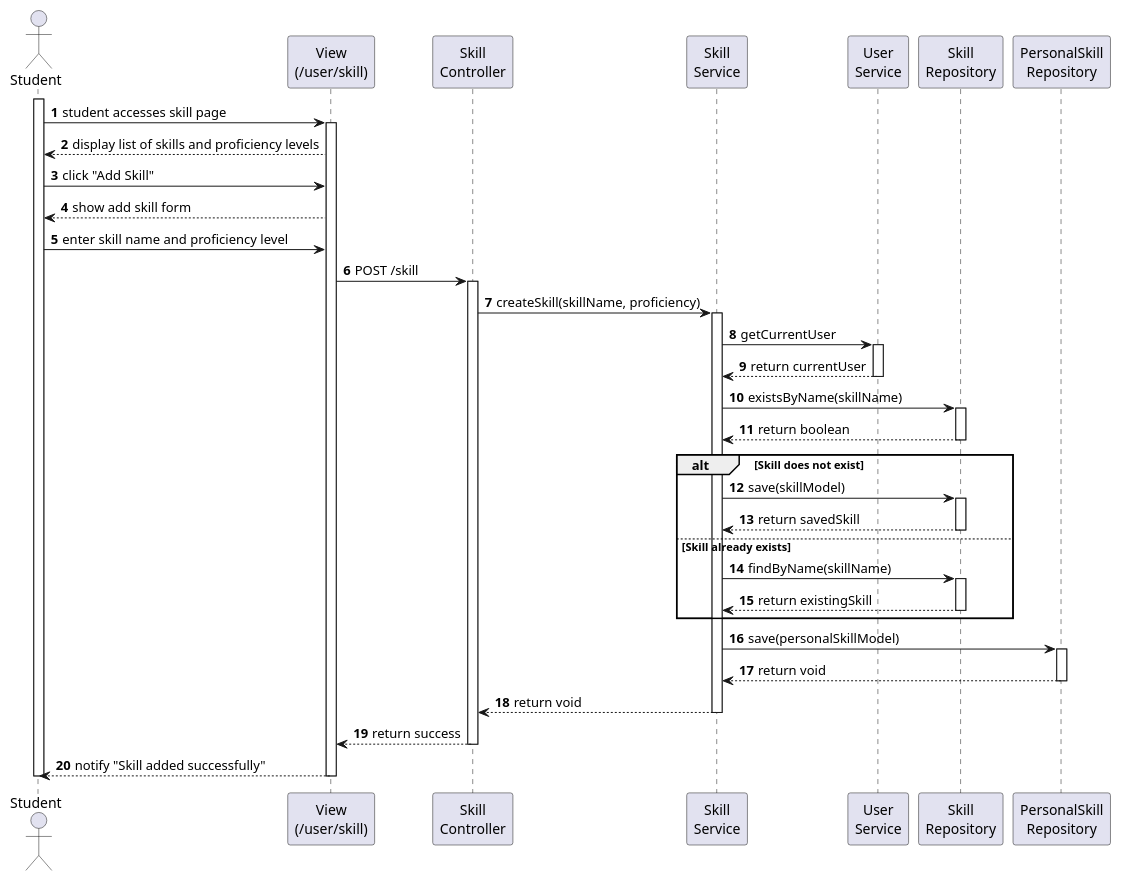
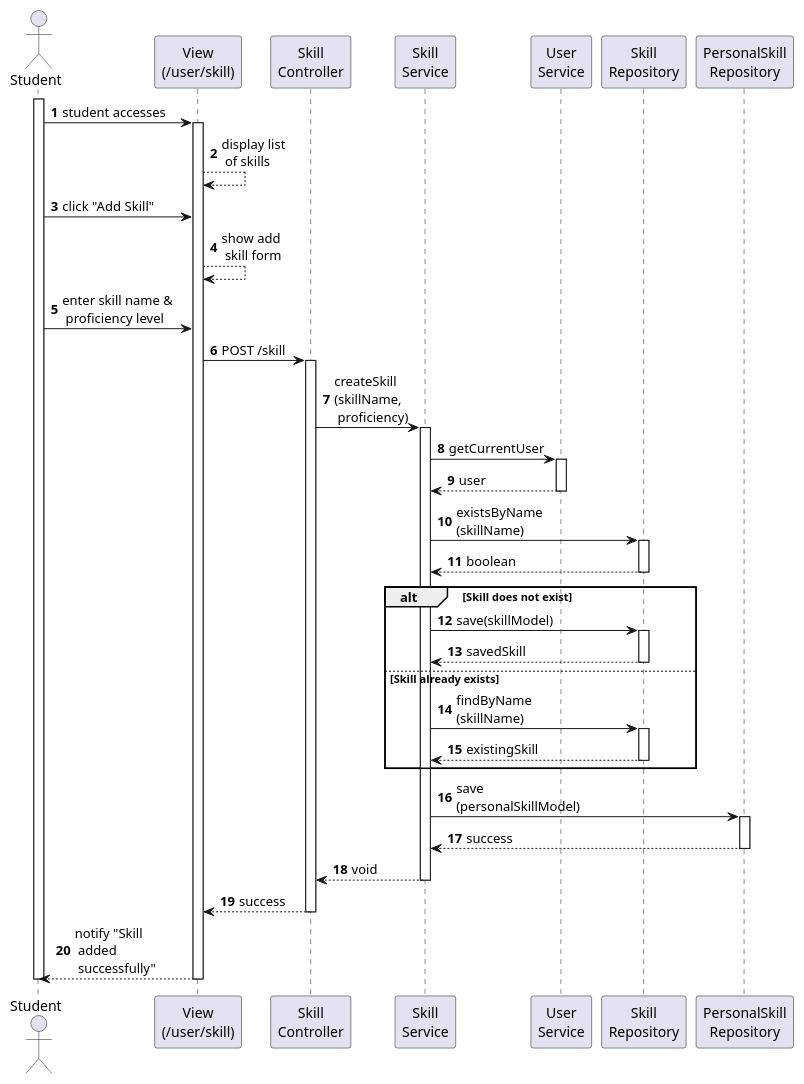
The diagram in swagger/sequence/student/info_update_skill.puml (tandang2003/KLTN-Agile-Scrum-Tuan-Duc), drawn with PlantUML before and after one commit. The commit also changed 29 other files, not shown here.

Commit message:
add sequence

```diff
--- a/swagger/sequence/student/info_update_skill.puml
+++ b/swagger/sequence/student/info_update_skill.puml
@@ -1,64 +1,63 @@
 @startuml
 autonumber
 
 actor Student as SV
 
 participant "View\n(/user/skill)" as View
 participant "Skill\nController" as Controller
 participant "Skill\nService" as SkillService
 participant "User\nService" as UserService
 participant "Skill\nRepository" as SkillRepository
 participant "PersonalSkill\nRepository" as PKR
 
 activate SV
-SV -> View : student accesses skill page
+SV -> View : student accesses
 activate View
-View --> SV : display list of skills and proficiency levels
-
+View --> View : display list \n of skills
 SV -> View : click "Add Skill"
-View --> SV : show add skill form
-SV -> View : enter skill name and proficiency level
+View --> View : show add \n skill form
+SV -> View : enter skill name & \n proficiency level
 
 View -> Controller : POST /skill
 activate Controller
 
-Controller -> SkillService : createSkill(skillName, proficiency)
+Controller -> SkillService : createSkill\n(skillName, \n proficiency)
 activate SkillService
 
 SkillService -> UserService : getCurrentUser
 activate UserService
-UserService --> SkillService : return currentUser
+UserService --> SkillService :  user
 deactivate UserService
 
-SkillService -> SkillRepository : existsByName(skillName)
+SkillService -> SkillRepository : existsByName\n(skillName)
 activate SkillRepository
-SkillRepository --> SkillService : return boolean
+SkillRepository --> SkillService :  boolean
 deactivate SkillRepository
 
 alt Skill does not exist
     SkillService -> SkillRepository : save(skillModel)
     activate SkillRepository
-    SkillRepository --> SkillService : return savedSkill
+    SkillRepository --> SkillService :  savedSkill
     deactivate SkillRepository
 else Skill already exists
-    SkillService -> SkillRepository : findByName(skillName)
+    SkillService -> SkillRepository : findByName\n(skillName)
     activate SkillRepository
-    SkillRepository --> SkillService : return existingSkill
+    SkillRepository --> SkillService :  existingSkill
     deactivate SkillRepository
 end
 
-SkillService -> PKR : save(personalSkillModel)
+SkillService -> PKR : save\n(personalSkillModel)
 activate PKR
-PKR --> SkillService : return void
+PKR --> SkillService :  success
 deactivate PKR
 
-SkillService --> Controller : return void
+SkillService --> Controller :  void
 deactivate SkillService
 
-Controller --> View : return success
+Controller --> View :  success
 deactivate Controller
 
-View --> SV : notify "Skill added successfully"
+View --> SV : notify "Skill \n added \n successfully"
 deactivate View
 deactivate SV
 @enduml
```
